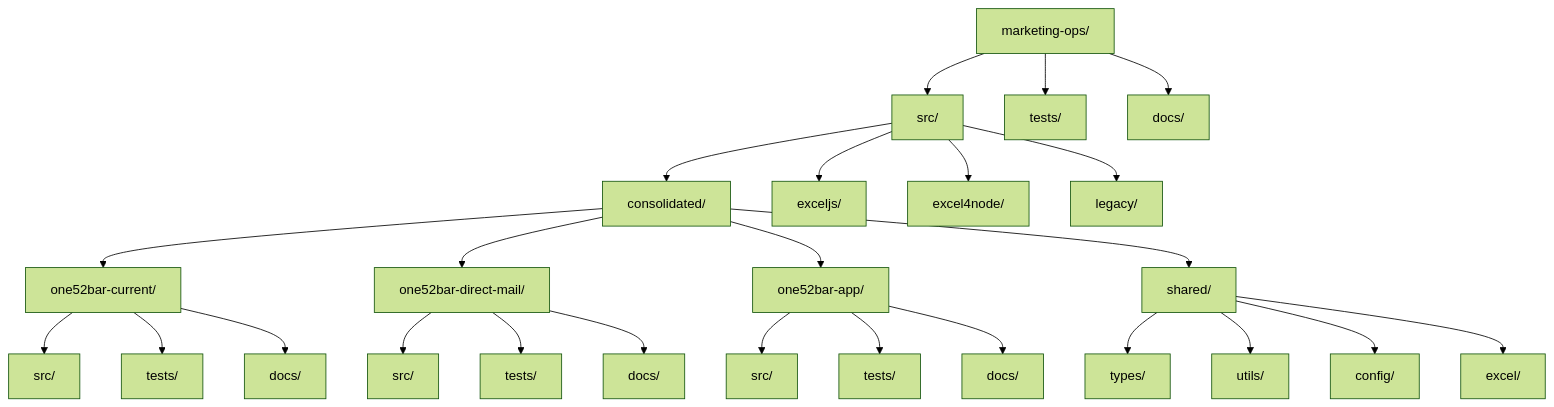
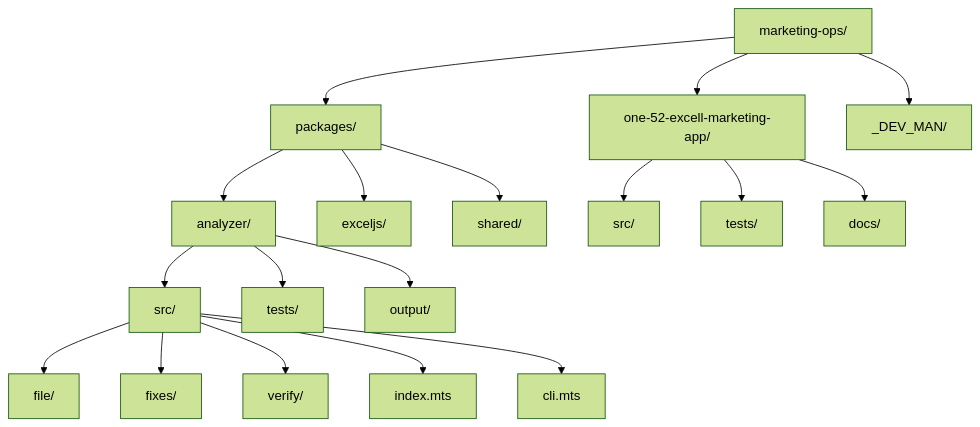
One commit to THE-AI-REAL-ESTATE-INVESTOR/0ne52bar changed the first of 2 diagrams in marketing-ops/README.md. Above: the diagram before and after it, drawn with Mermaid (forest theme). The commit also changed other lines of this file and 191 other files, not shown here.

Commit message:
this is a commit semi working excel creatingon app for marketing the bar metrics

````diff
--- a/marketing-ops/README.md
+++ b/marketing-ops/README.md
@@ -7,33 +7,24 @@
 ```mermaid
 graph TD
-    A[marketing-ops/] --> B[src/]
-    A --> C[tests/]
-    A --> D[docs/]
+    A[marketing-ops/] --> B[packages/]
+    A --> C[one-52-excell-marketing-app/]
+    A --> D[_DEV_MAN/]
     
-    B --> E[consolidated/]
+    B --> E[analyzer/]
     B --> F[exceljs/]
-    B --> G[excel4node/]
-    B --> H[legacy/]
+    B --> G[shared/]
     
-    E --> I[one52bar-current/]
-    E --> J[one52bar-direct-mail/]
-    E --> K[one52bar-app/]
-    E --> L[shared/]
+    E --> H[src/]
+    E --> I[tests/]
+    E --> J[output/]
     
-    I --> M[src/]
-    I --> N[tests/]
-    I --> O[docs/]
+    H --> K[file/]
+    H --> L[fixes/]
+    H --> M[verify/]
+    H --> N[index.mts]
+    H --> O[cli.mts]
     
-    J --> P[src/]
-    J --> Q[tests/]
-    J --> R[docs/]
-    
-    K --> S[src/]
-    K --> T[tests/]
-    K --> U[docs/]
-    
-    L --> V[types/]
-    L --> W[utils/]
-    L --> X[config/]
-    L --> Y[excel/]
+    C --> P[src/]
+    C --> Q[tests/]
+    C --> R[docs/]
 ```
````
